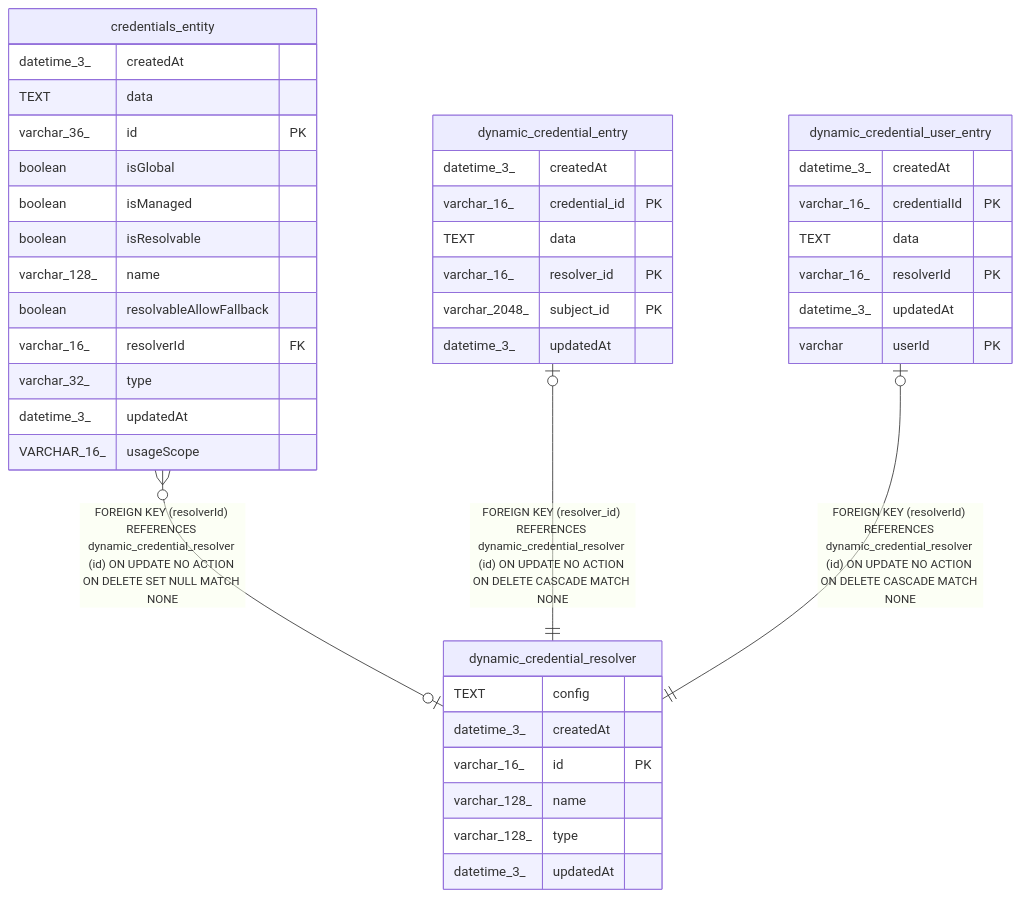
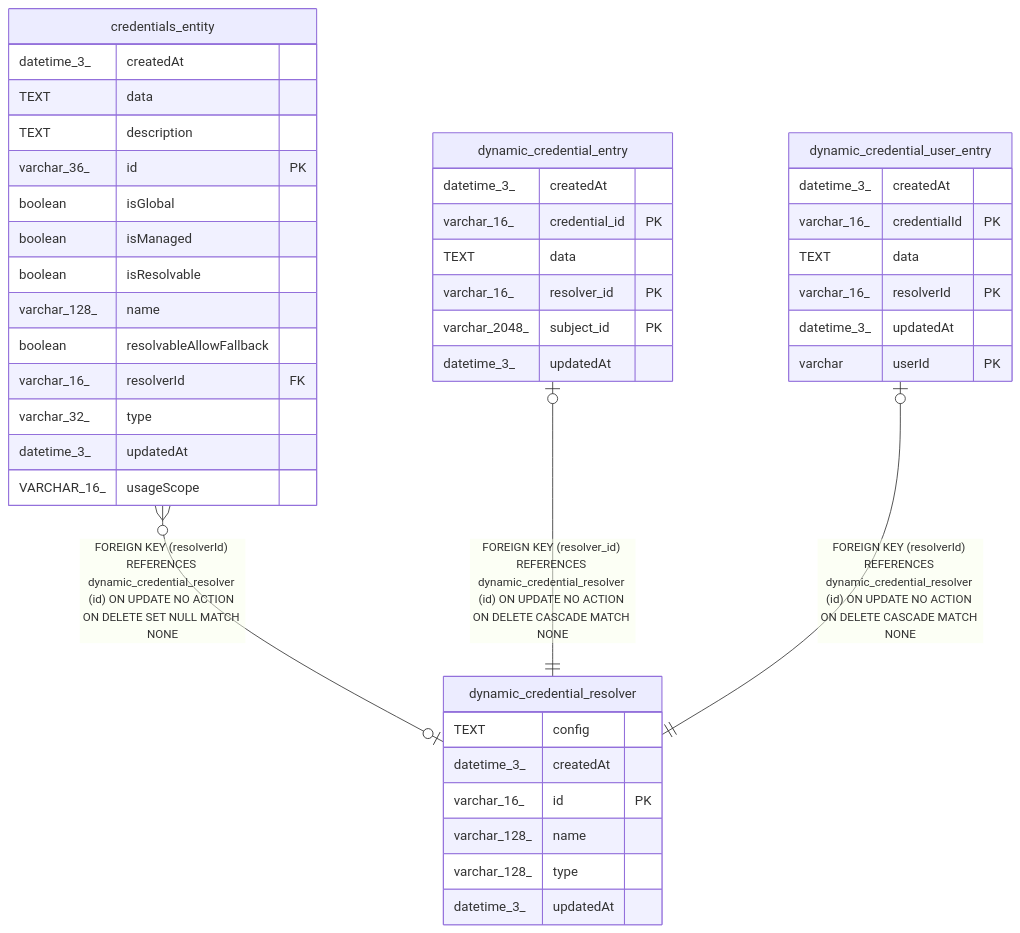
The diagram in universal-plugin/backend/oss/n8n/docs/generated/sqlite-schema/dynamic_credential_resolver.md (Tanishq-1/all-global-plugin), drawn with Mermaid before and after one commit. The commit also changed 2428 other files, not shown here.

````diff
--- a/universal-plugin/backend/oss/n8n/docs/generated/sqlite-schema/dynamic_credential_resolver.md
+++ b/universal-plugin/backend/oss/n8n/docs/generated/sqlite-schema/dynamic_credential_resolver.md
@@ -41,46 +41,47 @@
 ```mermaid
 erDiagram
 
 "credentials_entity" }o--o| "dynamic_credential_resolver" : "FOREIGN KEY (resolverId) REFERENCES dynamic_credential_resolver (id) ON UPDATE NO ACTION ON DELETE SET NULL MATCH NONE"
 "dynamic_credential_entry" |o--|| "dynamic_credential_resolver" : "FOREIGN KEY (resolver_id) REFERENCES dynamic_credential_resolver (id) ON UPDATE NO ACTION ON DELETE CASCADE MATCH NONE"
 "dynamic_credential_user_entry" |o--|| "dynamic_credential_resolver" : "FOREIGN KEY (resolverId) REFERENCES dynamic_credential_resolver (id) ON UPDATE NO ACTION ON DELETE CASCADE MATCH NONE"
 
 "dynamic_credential_resolver" {
   TEXT config
   datetime_3_ createdAt
   varchar_16_ id PK
   varchar_128_ name
   varchar_128_ type
   datetime_3_ updatedAt
 }
 "credentials_entity" {
   datetime_3_ createdAt
   TEXT data
+  TEXT description
   varchar_36_ id PK
   boolean isGlobal
   boolean isManaged
   boolean isResolvable
   varchar_128_ name
   boolean resolvableAllowFallback
   varchar_16_ resolverId FK
   varchar_32_ type
   datetime_3_ updatedAt
   VARCHAR_16_ usageScope
 }
 "dynamic_credential_entry" {
   datetime_3_ createdAt
   varchar_16_ credential_id PK
   TEXT data
   varchar_16_ resolver_id PK
   varchar_2048_ subject_id PK
   datetime_3_ updatedAt
 }
 "dynamic_credential_user_entry" {
   datetime_3_ createdAt
   varchar_16_ credentialId PK
   TEXT data
   varchar_16_ resolverId PK
   datetime_3_ updatedAt
   varchar userId PK
 }
 ```
````
